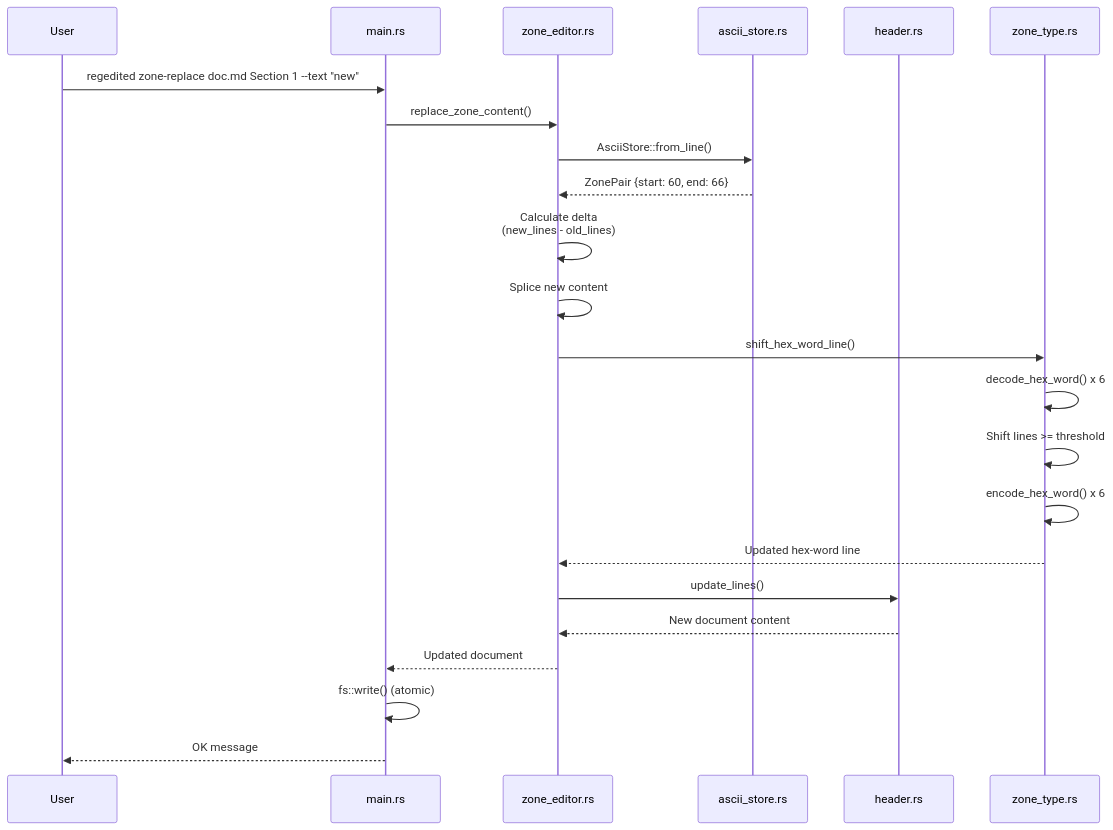
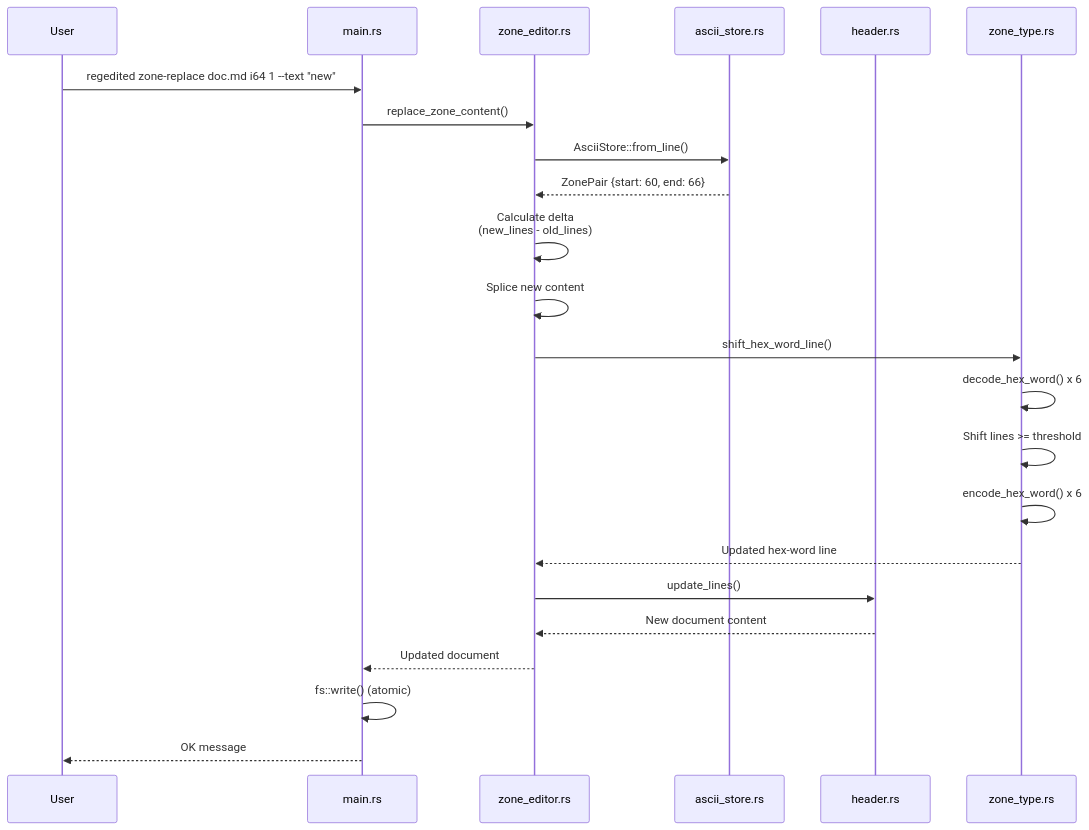
Before and after one commit to CommanderTurtle/regedited: the seventh of 8 diagrams in docs/FLOWCHART.md, drawn with Mermaid. The commit also changed other lines of this file and 13 other files, not shown here.

````diff
--- a/docs/FLOWCHART.md
+++ b/docs/FLOWCHART.md
@@ -412,26 +412,26 @@
 ```mermaid
 sequenceDiagram
     participant User
     participant CLI as main.rs
     participant ZE as zone_editor.rs
     participant AS as ascii_store.rs
     participant HDR as header.rs
     participant ZT as zone_type.rs
 
-    User->>CLI: regedited zone-replace doc.md Section 1 --text "new"
+    User->>CLI: regedited zone-replace doc.md i64 1 --text "new"
     CLI->>ZE: replace_zone_content()
     ZE->>AS: AsciiStore::from_line()
     AS-->>ZE: ZonePair {start: 60, end: 66}
     ZE->>ZE: Calculate delta<br/>(new_lines - old_lines)
     ZE->>ZE: Splice new content
     ZE->>ZT: shift_hex_word_line()
     ZT->>ZT: decode_hex_word() x 6
     ZT->>ZT: Shift lines >= threshold
     ZT->>ZT: encode_hex_word() x 6
     ZT-->>ZE: Updated hex-word line
     ZE->>HDR: update_lines()
     HDR-->>ZE: New document content
     ZE-->>CLI: Updated document
     CLI->>CLI: fs::write() (atomic)
     CLI-->>User: OK message
 ```
````
